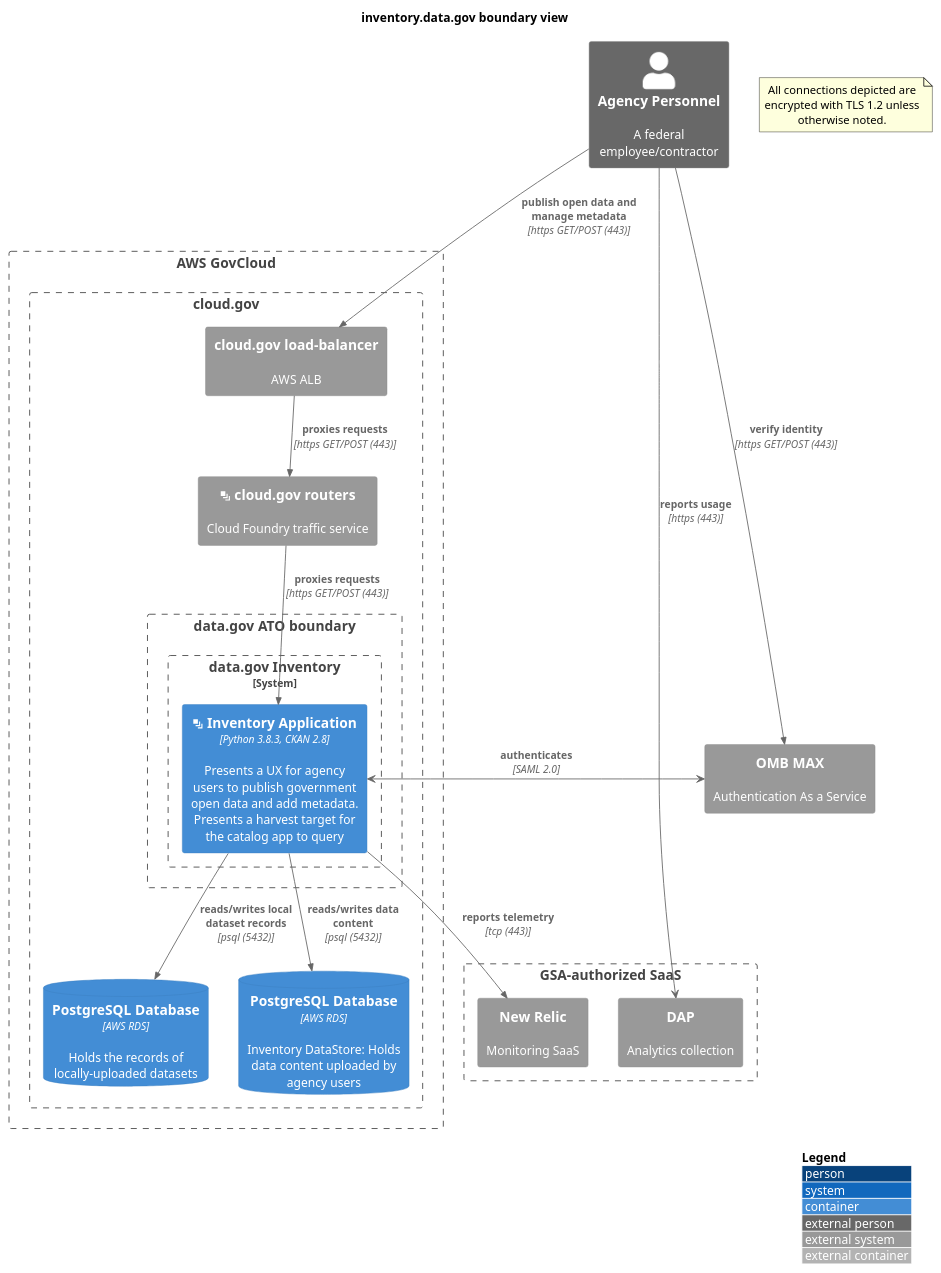
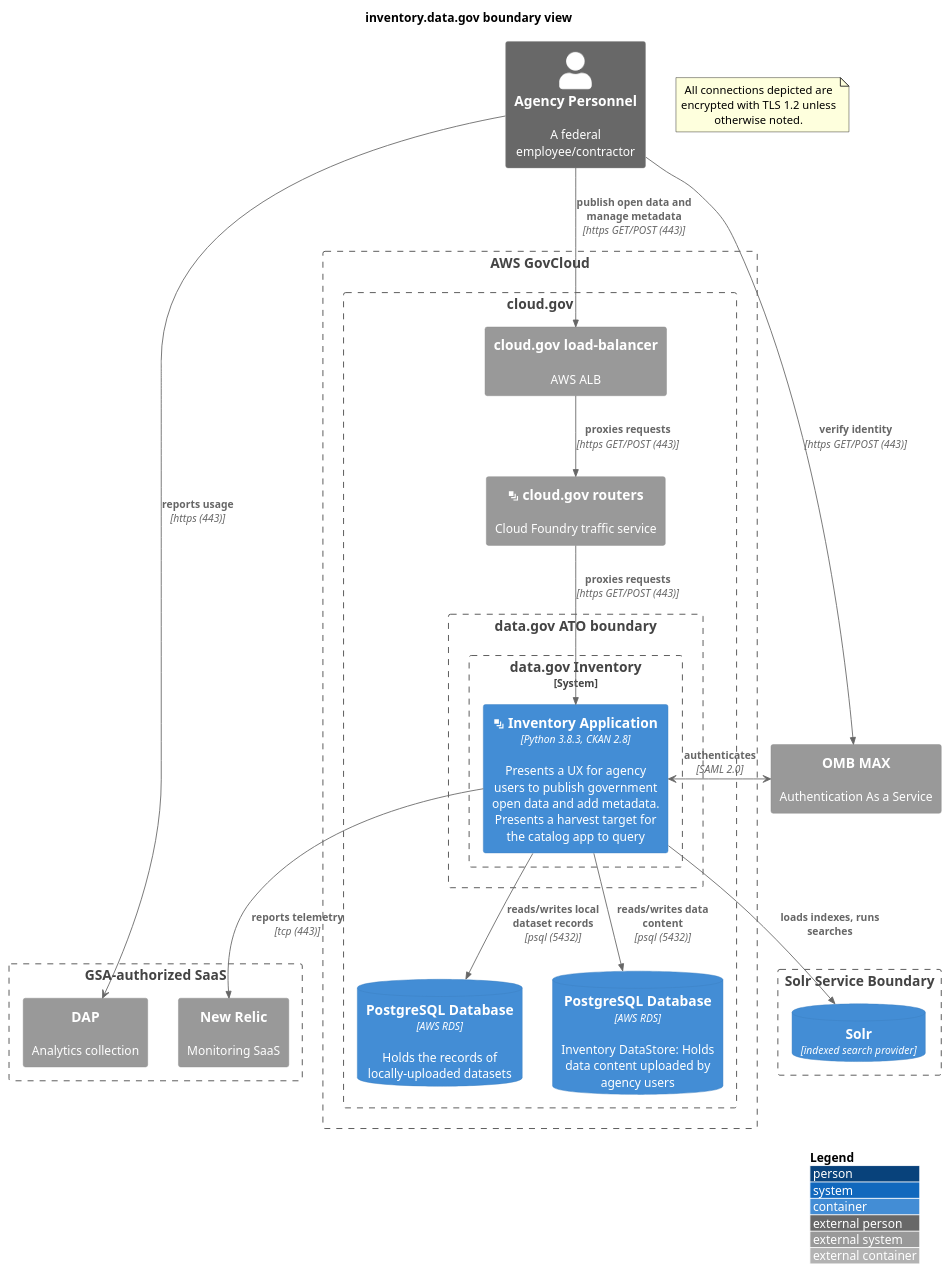
The seventh of 12 diagrams in codimd-scratchpad.md (GSA/datagov-compliance), drawn with PlantUML before and after one commit. The commit also changed other lines of this file, not shown here.

Commit message:
Added Solr service to diagrams for catalog and inventory

````diff
--- a/codimd-scratchpad.md
+++ b/codimd-scratchpad.md
@@ -337,41 +340,45 @@
 ```plantuml
 @startuml
 !include https://raw.githubusercontent.com/adrianvlupu/C4-PlantUML/master/C4_Container.puml
 ' uncomment the following line and comment the first to use locally
 ' !include C4_Container.puml
 LAYOUT_WITH_LEGEND()
 title inventory.data.gov boundary view
 Person_Ext(personnel, "Agency Personnel", "A federal employee/contractor")
 note as EncryptionNote
 All connections depicted are encrypted with TLS 1.2 unless otherwise noted.
 end note
 Boundary(aws, "AWS GovCloud") {
     Boundary(cloudgov, "cloud.gov") {
     	System_Ext(aws_alb, "cloud.gov load-balancer", "AWS ALB")
         System_Ext(cloudgov_router, "<&layers> cloud.gov routers", "Cloud Foundry traffic service")
         Boundary(atob, "data.gov ATO boundary") {
-            System_Boundary(dashboard, "data.gov Inventory") {
-                Container(dashboard_app, "<&layers> Inventory Application", "Python 3.8.3, CKAN 2.8", "Presents a UX for agency users to publish government open data and add metadata. Presents a harvest target for the catalog app to query")
+            System_Boundary(inventory, "data.gov Inventory") {
+                Container(inventory_app, "<&layers> Inventory Application", "Python 3.8.3, CKAN 2.8", "Presents a UX for agency users to publish government open data and add metadata. Presents a harvest target for the catalog app to query")
             }
         }
-        ContainerDb(dashboard_db, "PostgreSQL Database", "AWS RDS", "Holds the records of locally-uploaded datasets")
-        ContainerDb(dashboard_s3, "PostgreSQL Database", "AWS RDS", "Inventory DataStore: Holds data content uploaded by agency users")
+        ContainerDb(inventory_db, "PostgreSQL Database", "AWS RDS", "Holds the records of locally-uploaded datasets")
+        ContainerDb(inventory_s3, "PostgreSQL Database", "AWS RDS", "Inventory DataStore: Holds data content uploaded by agency users")
     }
 }
 System_Ext(OMB, "OMB MAX", "Authentication As a Service")
 Boundary(gsa_saas, "GSA-authorized SaaS") {
 	System_Ext(dap, "DAP", "Analytics collection")
 	System_Ext(newrelic, "New Relic", "Monitoring SaaS")
 }
 personnel -> dap : **reports usage** \n//[https (443)]//
-Rel(dashboard_app, newrelic, "reports telemetry", "tcp (443)")
+Rel(inventory_app, newrelic, "reports telemetry", "tcp (443)")
 Rel(personnel, aws_alb, "publish open data and manage metadata", "https GET/POST (443)")
 Rel(aws_alb, cloudgov_router, "proxies requests", "https GET/POST (443)")
-Rel(cloudgov_router, dashboard_app, "proxies requests", "https GET/POST (443)")
-dashboard_app <-> OMB : **authenticates** \n//[SAML 2.0]//
-'Rel(dashboard_app, OMB, "authenticates", "SAML 2.0")
+Rel(cloudgov_router, inventory_app, "proxies requests", "https GET/POST (443)")
+inventory_app <-> OMB : **authenticates** \n//[SAML 2.0]//
+'Rel(inventory_app, OMB, "authenticates", "SAML 2.0")
 Rel(personnel, OMB, "verify identity", "https GET/POST (443)")
-Rel(dashboard_app, dashboard_db, "reads/writes local dataset records", "psql (5432)")
-Rel(dashboard_app, dashboard_s3, "reads/writes data content", "psql (5432)")
+Rel(inventory_app, inventory_db, "reads/writes local dataset records", "psql (5432)")
+Rel(inventory_app, inventory_s3, "reads/writes data content", "psql (5432)")
+Boundary(solrb, "Solr Service Boundary") {
+  ContainerDb(solr, "Solr", "indexed search provider")
+}
+Rel(inventory_app, solr, "loads indexes, runs searches")
 @enduml
 ```
````
